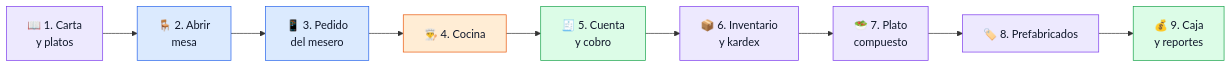
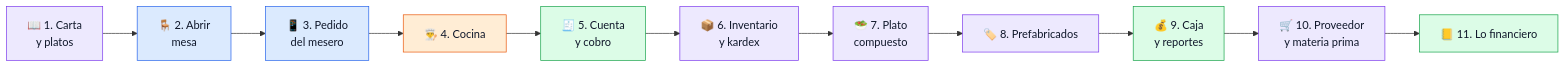
One commit to sotobotero/sotobotero-projects-docs changed the first of 6 diagrams in ada/qa/docs/qa/e2e-restaurante-demo.md. Above: the diagram before and after it, drawn with Mermaid. The commit also changed other lines of this file and 1 other file, not shown here.

````diff
--- a/ada/qa/docs/qa/e2e-restaurante-demo.md
+++ b/ada/qa/docs/qa/e2e-restaurante-demo.md
@@ -33,16 +33,18 @@
 ```mermaid
 flowchart LR
     A["📖 1. Carta<br/>y platos"]:::stock --> B["🪑 2. Abrir<br/>mesa"]:::sala
     B --> C["📱 3. Pedido<br/>del mesero"]:::sala
     C --> D["👨‍🍳 4. Cocina"]:::cocina
     D --> E["🧾 5. Cuenta<br/>y cobro"]:::caja
     E --> F["📦 6. Inventario<br/>y kardex"]:::stock
     F --> G["🥗 7. Plato<br/>compuesto"]:::stock
     G --> H["🏷️ 8. Prefabricados"]:::stock
     H --> I["💰 9. Caja<br/>y reportes"]:::caja
+    I --> J["🛒 10. Proveedor<br/>y materia prima"]:::stock
+    J --> K["📒 11. Lo financiero"]:::caja
     classDef sala fill:#dbeafe,stroke:#2563eb,color:#0f172a
     classDef cocina fill:#ffedd5,stroke:#ea580c,color:#0f172a
     classDef caja fill:#dcfce7,stroke:#16a34a,color:#0f172a
     classDef stock fill:#ede9fe,stroke:#7c3aed,color:#0f172a
     classDef aviso fill:#fef9c3,stroke:#ca8a04,color:#0f172a
 ```
````
